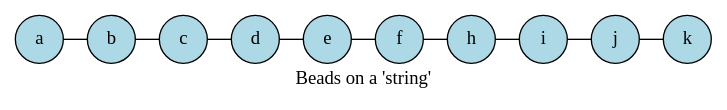
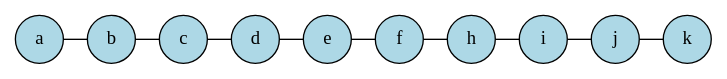
One commit to DaveParillo/cisc192-reader changed the diagram in src/chapter7/extracting_characters.rst. Above: the diagram before and after it, drawn with Graphviz. The commit also changed 20 other files, not shown here.

```diff
--- a/src/chapter7/extracting_characters.rst
+++ b/src/chapter7/extracting_characters.rst
@@ -11,15 +11,19 @@
 .. graphviz::
+   :name: fig_string_characters
+   :caption: Characters in a string
+   :alt: a sequence of character cells representing a string
+   :align: center
+
 
    graph char_array {
      fontname = "Bitstream Vera Sans"
-     label="Beads on a 'string'"
      node [
         fontname = "Bitstream Vera Sans"
         fontsize = 14
         shape = "circle"
         style=filled
         fillcolor=lightblue
      ]
      
      a -- b -- c -- d -- e -- f -- h -- i -- j -- k [ constraint=false]
    }
```
